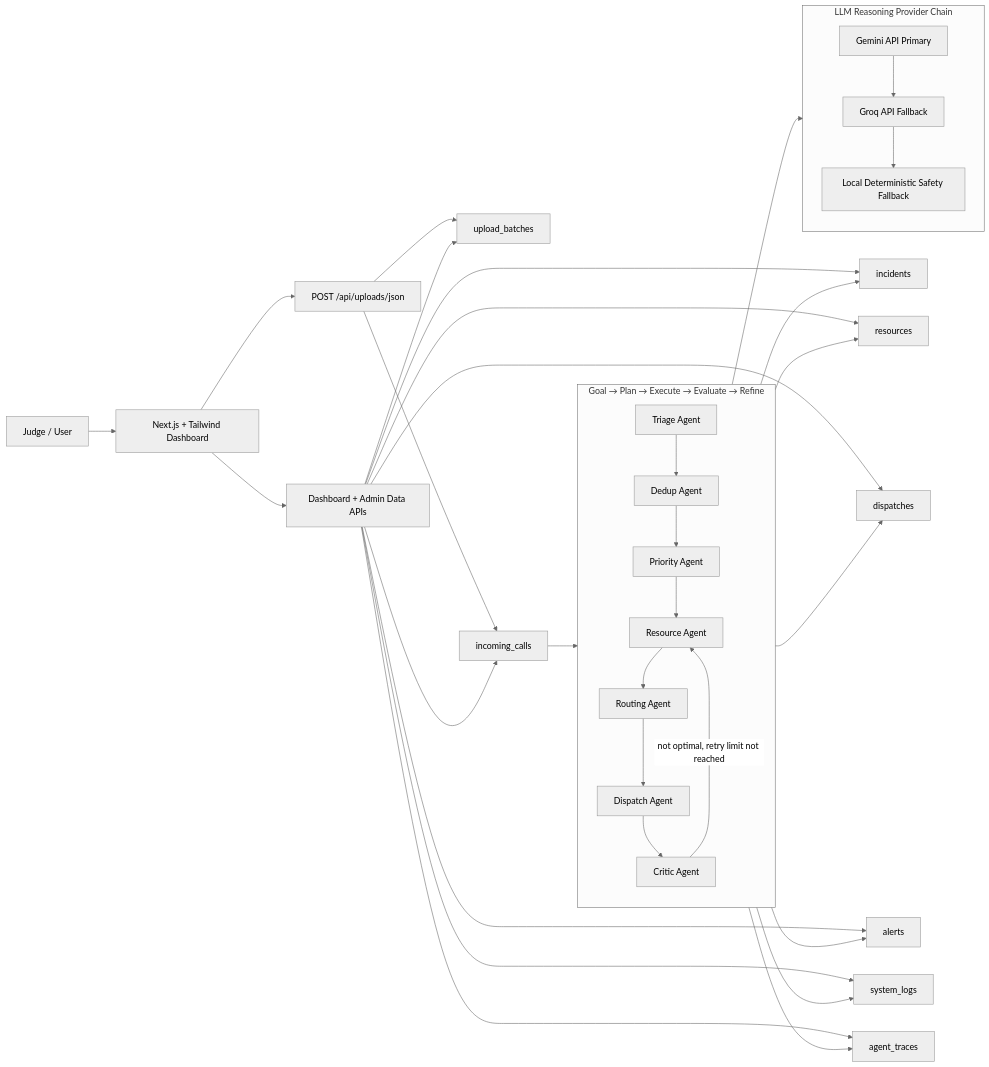
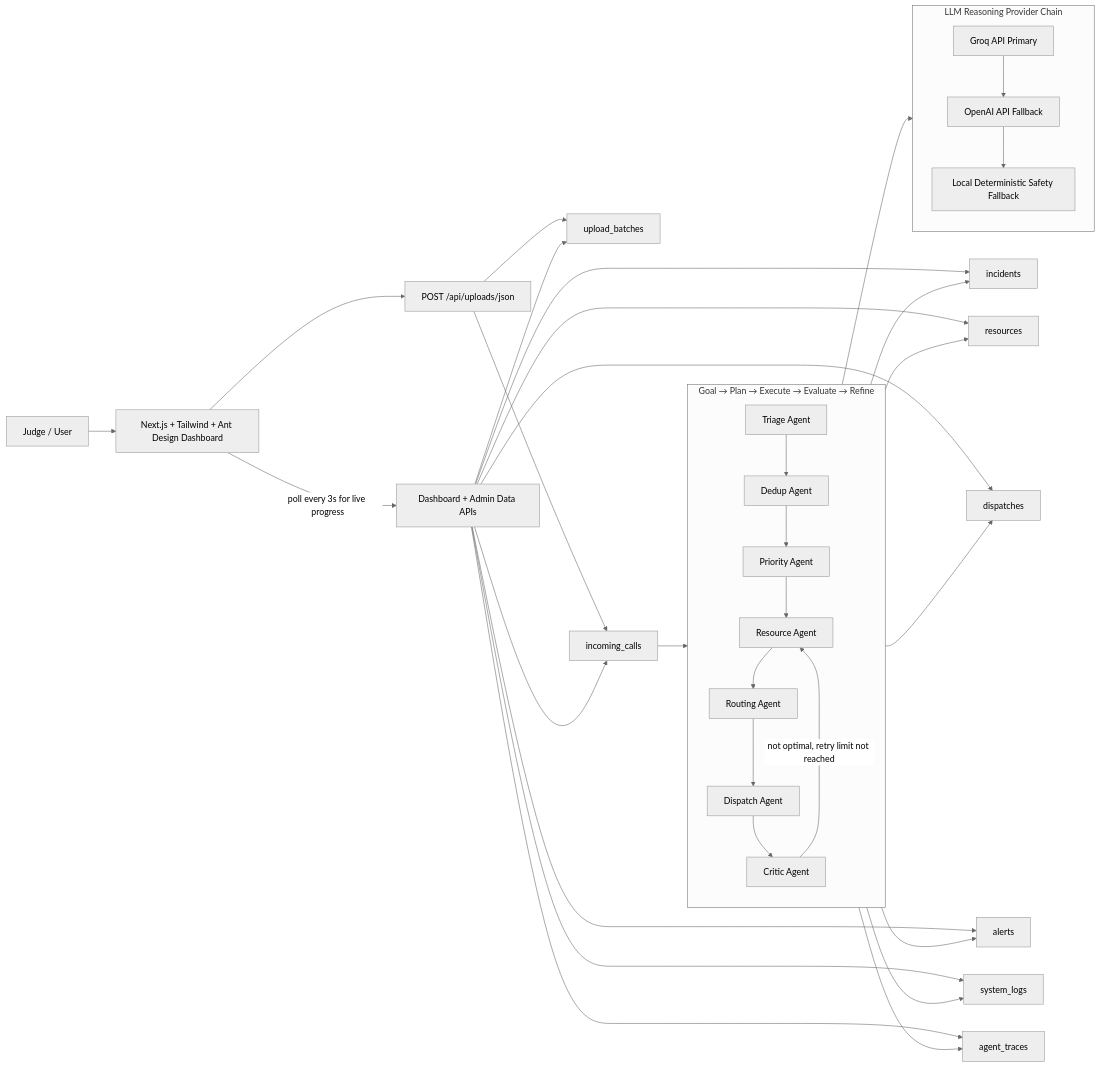
The first of 3 diagrams in docs/SYSTEM_ARCHITECTURE.md (Jag2007/CrisisWeave), drawn with Mermaid (neutral theme) before and after one commit. The commit also changed other lines of this file and 34 other files, not shown here.

````diff
--- a/docs/SYSTEM_ARCHITECTURE.md
+++ b/docs/SYSTEM_ARCHITECTURE.md
@@ -5,46 +5,46 @@
 ```mermaid
 flowchart LR
-  Judge["Judge / User"] --> Client["Next.js + Tailwind Dashboard"]
+  Judge["Judge / User"] --> Client["Next.js + Tailwind + Ant Design Dashboard"]
   Client --> UploadAPI["POST /api/uploads/json"]
-  Client --> ReadAPIs["Dashboard + Admin Data APIs"]
+  Client -- "poll every 3s for live progress" --> ReadAPIs["Dashboard + Admin Data APIs"]
 
   UploadAPI --> Batch["upload_batches"]
   UploadAPI --> Calls["incoming_calls"]
   Calls --> Graph["Agentic Execution Graph"]
 
   subgraph Graph["Goal → Plan → Execute → Evaluate → Refine"]
     Triage["Triage Agent"]
     Dedup["Dedup Agent"]
     Priority["Priority Agent"]
     Resource["Resource Agent"]
     Routing["Routing Agent"]
     Dispatch["Dispatch Agent"]
     Critic["Critic Agent"]
     Triage --> Dedup --> Priority --> Resource --> Routing --> Dispatch --> Critic
     Critic -- "not optimal, retry limit not reached" --> Resource
   end
 
   subgraph Reasoning["LLM Reasoning Provider Chain"]
-    Gemini["Gemini API Primary"]
-    Groq["Groq API Fallback"]
+    Groq["Groq API Primary"]
+    OpenAI["OpenAI API Fallback"]
     Local["Local Deterministic Safety Fallback"]
-    Gemini --> Groq --> Local
+    Groq --> OpenAI --> Local
   end
 
   Graph --> Reasoning
   Graph --> Incidents["incidents"]
   Graph --> Resources["resources"]
   Graph --> Dispatches["dispatches"]
   Graph --> Alerts["alerts"]
   Graph --> Logs["system_logs"]
   Graph --> Traces["agent_traces"]
 
   ReadAPIs --> Batch
   ReadAPIs --> Calls
   ReadAPIs --> Incidents
   ReadAPIs --> Resources
   ReadAPIs --> Dispatches
   ReadAPIs --> Alerts
   ReadAPIs --> Logs
   ReadAPIs --> Traces
 ```
````
